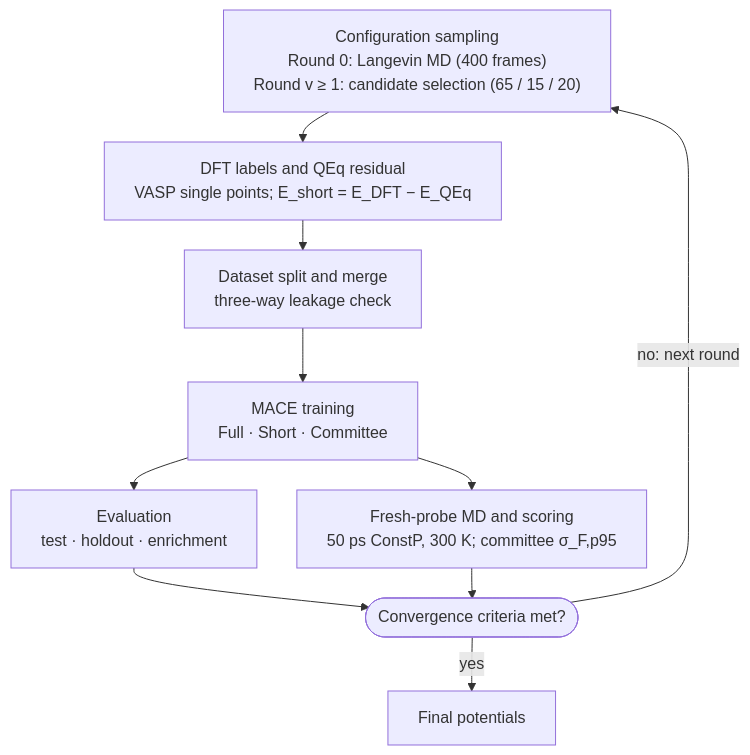
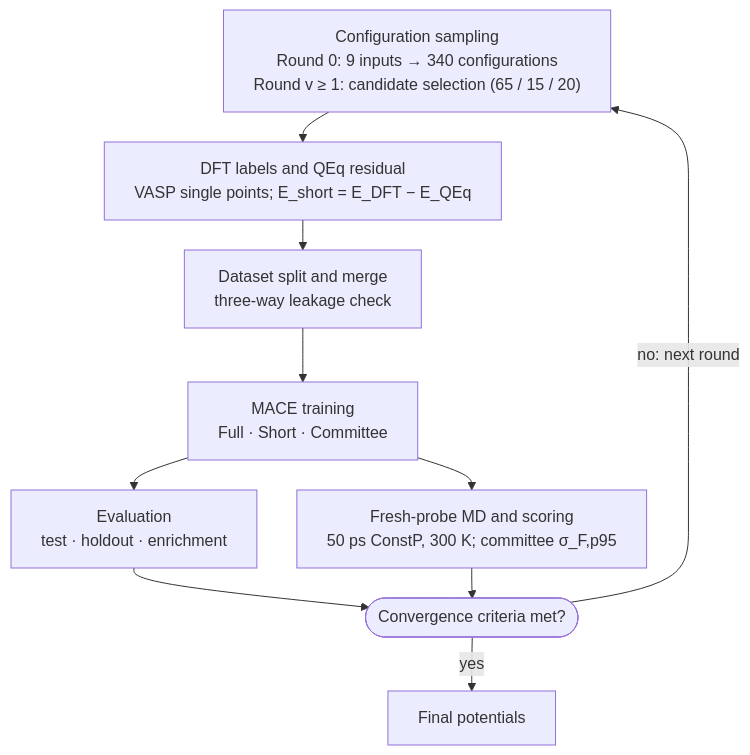
Before and after one commit to wagwag112/MACE-QEq: the diagram in README.md, drawn with Mermaid. The commit also changed other lines of this file and 2 other files, not shown here.

````diff
--- a/README.md
+++ b/README.md
@@ -151,17 +151,17 @@
 ```mermaid
 %%{init: {"flowchart": {"wrappingWidth": 340, "nodeSpacing": 40, "rankSpacing": 30}}}%%
 flowchart TD
-    A["Configuration sampling<br/>Round 0: Langevin MD (400 frames)<br/>Round v ≥ 1: candidate selection (65 / 15 / 20)"]
+    A["Configuration sampling<br/>Round 0: 9 inputs → 340 configurations<br/>Round v ≥ 1: candidate selection (65 / 15 / 20)"]
     B["DFT labels and QEq residual<br/>VASP single points; E_short = E_DFT − E_QEq"]
     C["Dataset split and merge<br/>three-way leakage check"]
     D["MACE training<br/>Full · Short · Committee"]
     E["Evaluation<br/>test · holdout · enrichment"]
     F["Fresh-probe MD and scoring<br/>50 ps ConstP, 300 K; committee σ_F,p95"]
     H(["Convergence criteria met?"])
     Z["Final potentials"]
     A --> B --> C --> D
     D --> E --> H
     D --> F --> H
     H -- "no: next round" --> A
     H -- "yes" --> Z
 ```
````
